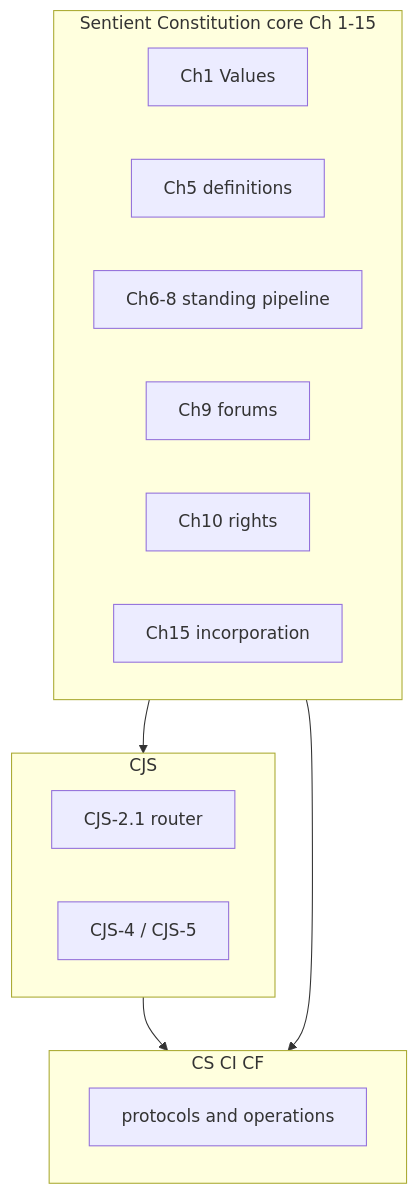
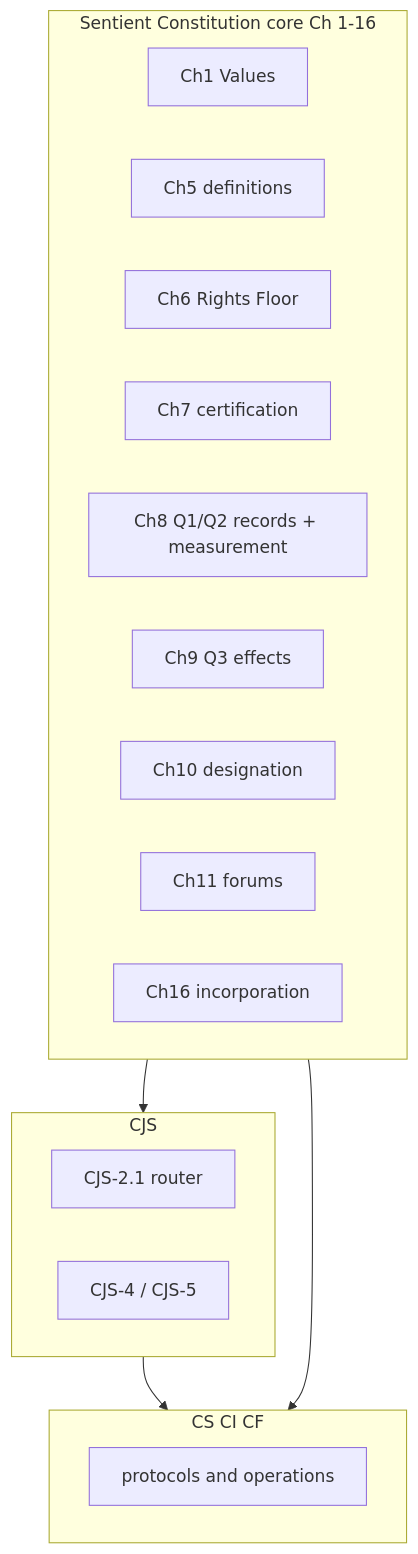
One commit to kfoelsch/Sentient_Constitution changed the diagram in doc_architecture.md. Above: the diagram before and after it, drawn with Mermaid. The commit also changed other lines of this file and 40 other files, not shown here.

````diff
--- a/doc_architecture.md
+++ b/doc_architecture.md
@@ -370,20 +372,23 @@
 ```mermaid
 flowchart TB
-  subgraph sc [Sentient Constitution core Ch 1-15]
+  subgraph sc [Sentient Constitution core Ch 1-16]
     C1[Ch1 Values]
     C5[Ch5 definitions]
-    C6[Ch6-8 standing pipeline]
-    C9[Ch9 forums]
-    C10[Ch10 rights]
-    C15[Ch15 incorporation]
+    C6[Ch6 Rights Floor]
+    C7[Ch7 certification]
+    C8[Ch8 Q1/Q2 records + measurement]
+    C9[Ch9 Q3 effects]
+    C10[Ch10 designation]
+    C11[Ch11 forums]
+    C16[Ch16 incorporation]
   end
   subgraph cjs [CJS]
     R[CJS-2.1 router]
     P[CJS-4 / CJS-5]
   end
   subgraph impl [CS CI CF]
     OPS[protocols and operations]
   end
   sc --> cjs --> impl
   sc --> impl
 ```
````
